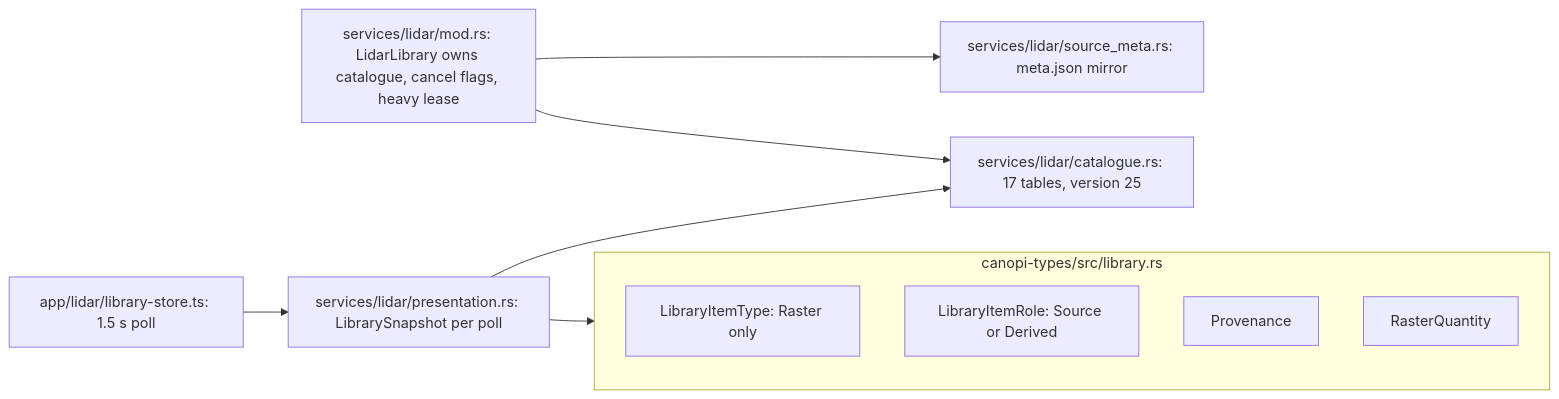
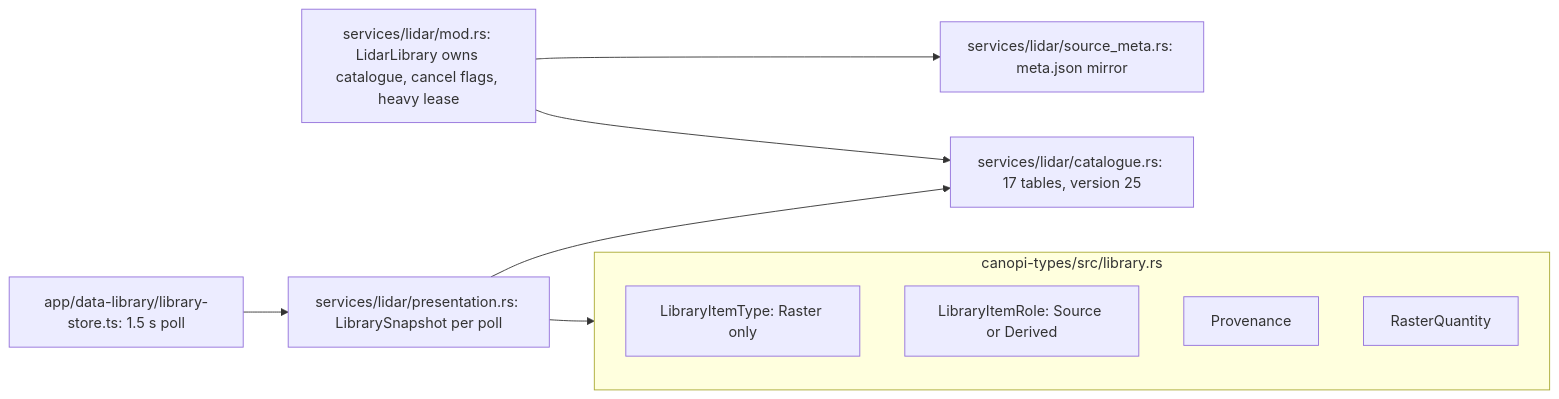
One commit to opencanopi/canopi changed the second of 10 diagrams in docs/architecture/data-services.md. Above: the diagram before and after it, drawn with Mermaid. The commit also changed other lines of this file and 909 other files, not shown here.

````diff
--- a/docs/architecture/data-services.md
+++ b/docs/architecture/data-services.md
@@ -81,19 +81,19 @@
 ```mermaid
 flowchart LR
   subgraph types[canopi-types/src/library.rs]
     T[LibraryItemType: Raster only]
     R[LibraryItemRole: Source or Derived]
     P[Provenance]
     Q[RasterQuantity]
   end
   CAT[services/lidar/catalogue.rs: 17 tables, version 25]
   LIB[services/lidar/mod.rs: LidarLibrary owns catalogue, cancel flags, heavy lease]
   PRES[services/lidar/presentation.rs: LibrarySnapshot per poll]
   META[services/lidar/source_meta.rs: meta.json mirror]
-  STORE[app/lidar/library-store.ts: 1.5 s poll]
+  STORE[app/data-library/library-store.ts: 1.5 s poll]
   LIB --> CAT
   LIB --> META
   PRES --> CAT
   PRES --> types
   STORE --> PRES
 ```
````
